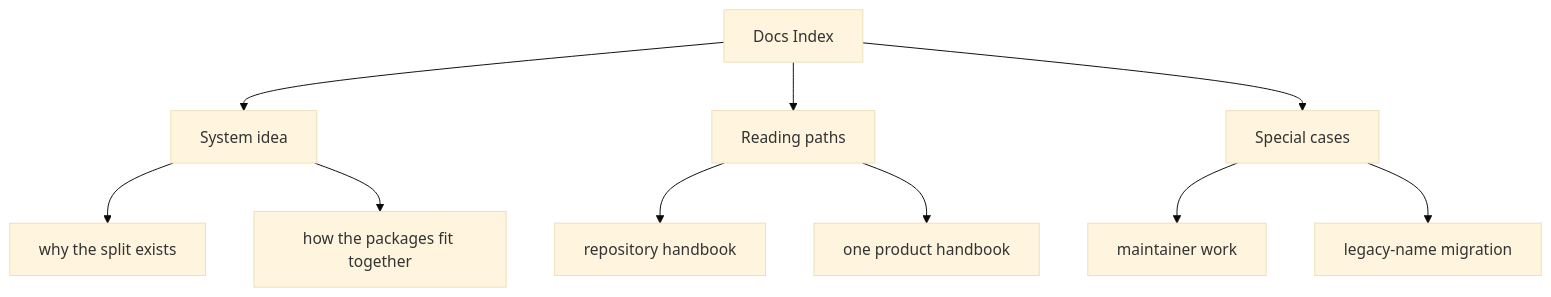
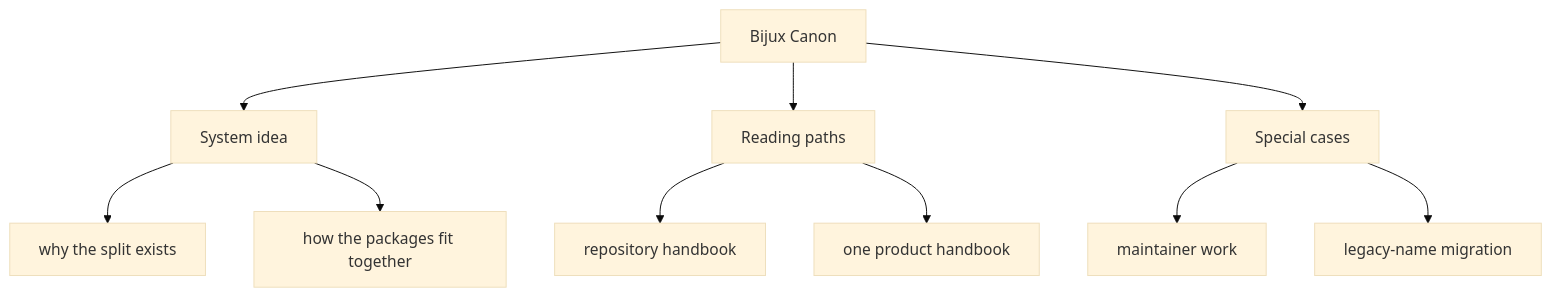
Before and after one commit to bijux/bijux-canon: the second of 2 diagrams in docs/index.md, drawn with Mermaid (base theme). The commit also changed other lines of this file and 261 other files, not shown here.

Commit message:
docs(canon): unify handbook style with the shared bijux docs system

````diff
--- a/docs/index.md
+++ b/docs/index.md
@@ -77,22 +77,22 @@
 ```mermaid
 flowchart TD
-    page["Docs Index"]
+    page["Bijux Canon"]
     focus1["System idea"]
     page --> focus1
     focus1_1["why the split exists"]
     focus1 --> focus1_1
     focus1_2["how the packages fit together"]
     focus1 --> focus1_2
     focus2["Reading paths"]
     page --> focus2
     focus2_1["repository handbook"]
     focus2 --> focus2_1
     focus2_2["one product handbook"]
     focus2 --> focus2_2
     focus3["Special cases"]
     page --> focus3
     focus3_1["maintainer work"]
     focus3 --> focus3_1
     focus3_2["legacy-name migration"]
     focus3 --> focus3_2
 ```
````
